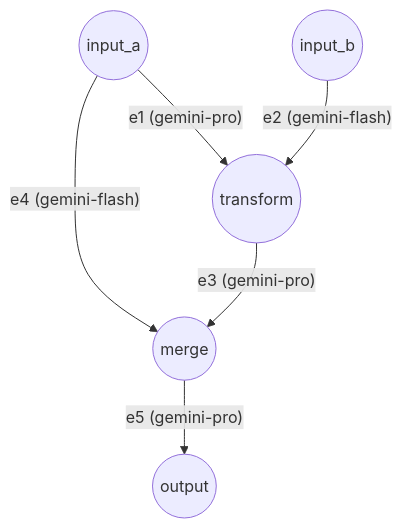
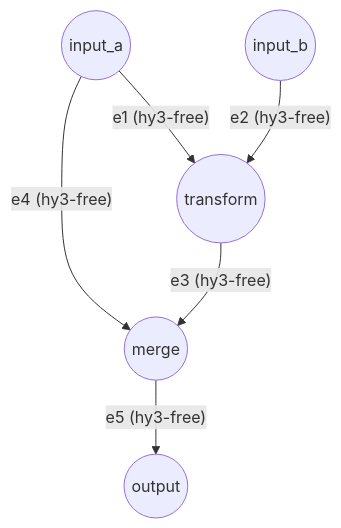
Before and after one commit to Hana-ame/agent: the diagram in examples/complex/README.md, drawn with Mermaid. The commit also changed 27 other files, not shown here.

````diff
--- a/examples/complex/README.md
+++ b/examples/complex/README.md
@@ -7,8 +7,8 @@
 ```mermaid
 graph TD
-    input_a((input_a)) -- e1 (gemini-pro) --> transform((transform))
-    input_a -- e4 (gemini-flash) --> merge((merge))
-    input_b((input_b)) -- e2 (gemini-flash) --> transform
-    transform -- e3 (gemini-pro) --> merge
-    merge -- e5 (gemini-pro) --> output((output))
+    input_a((input_a)) -- e1 (hy3-free) --> transform((transform))
+    input_a -- e4 (hy3-free) --> merge((merge))
+    input_b((input_b)) -- e2 (hy3-free) --> transform
+    transform -- e3 (hy3-free) --> merge
+    merge -- e5 (hy3-free) --> output((output))
 ```
````
